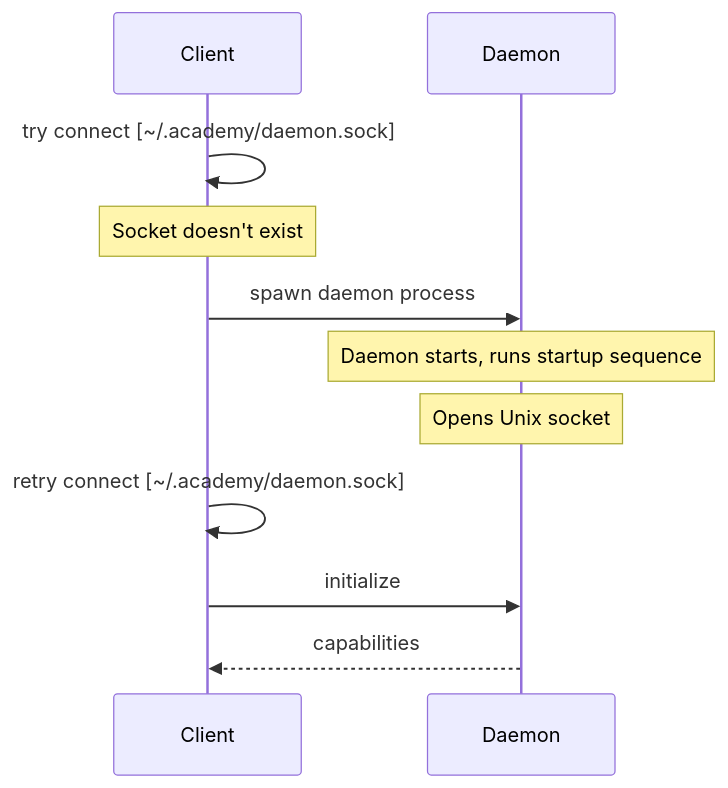
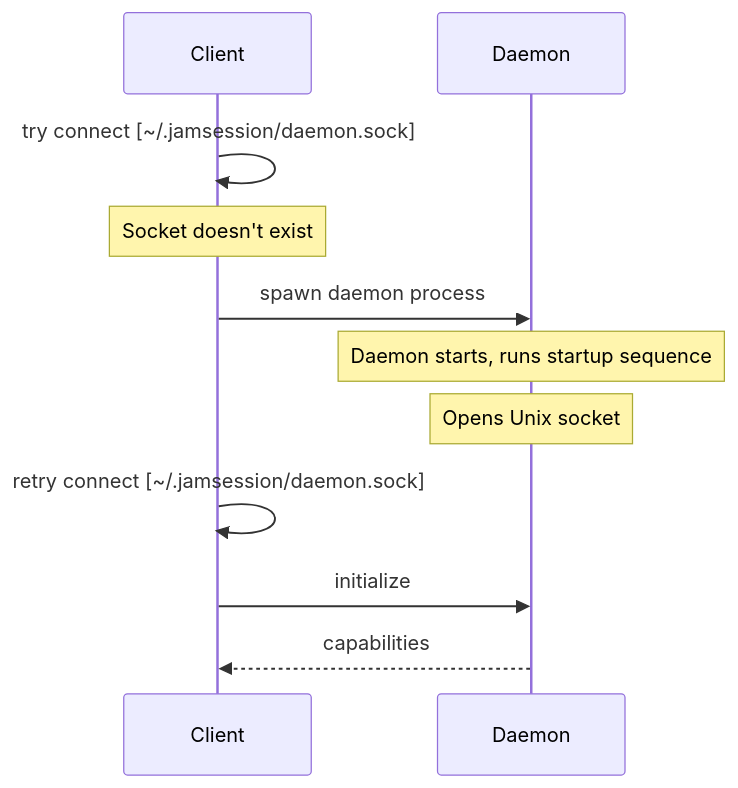
Before and after one commit to nikomatsakis/jamsession: the seventh of 7 diagrams in specs/001-agent-daemon/spec.md, drawn with Mermaid. The commit also changed other lines of this file and 33 other files, not shown here.

````diff
--- a/specs/001-agent-daemon/spec.md
+++ b/specs/001-agent-daemon/spec.md
@@ -294,16 +294,16 @@
 ```mermaid
 sequenceDiagram
     participant C as Client
     participant D as Daemon
 
-    C->>C: try connect [~/.academy/daemon.sock]
+    C->>C: try connect [~/.jamsession/daemon.sock]
     Note over C: Socket doesn't exist
 
     C->>D: spawn daemon process
     Note over D: Daemon starts, runs startup sequence
     Note over D: Opens Unix socket
 
-    C->>C: retry connect [~/.academy/daemon.sock]
+    C->>C: retry connect [~/.jamsession/daemon.sock]
     C->>D: initialize
     D-->>C: capabilities
 ```
````
